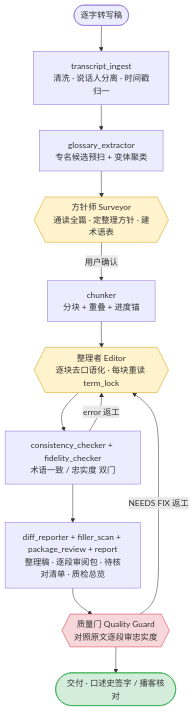
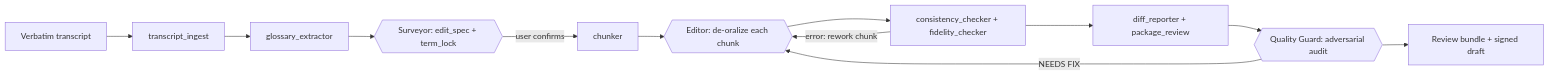
The diagram in data/readmes/LeoLin990405__oral-interview-transcription-skill.md (zqf20096327/ai_collect), drawn with Mermaid before and after one commit. The commit also changed other lines of this file and 1885 other files, not shown here.

````diff
--- a/data/readmes/LeoLin990405__oral-interview-transcription-skill.md
+++ b/data/readmes/LeoLin990405__oral-interview-transcription-skill.md
@@ -74,19 +51,14 @@
 ```mermaid
-flowchart TD
-    A([逐字转写稿]) --> B[transcript_ingest<br/>清洗 · 说话人分离 · 时间戳归一]
-    B --> C[glossary_extractor<br/>专名候选预扫 + 变体聚类]
-    C --> D{{方针师 Surveyor<br/>通读全篇 · 定整理方针 · 建术语表}}
-    D -->|用户确认| E[chunker<br/>分块 + 重叠 + 进度锚]
-    E --> F{{整理者 Editor<br/>逐块去口语化 · 每块重读 term_lock}}
-    F --> G[consistency_checker + fidelity_checker<br/>术语一致 / 忠实度 双门]
-    G -->|error 返工| F
-    G --> H[diff_reporter + filler_scan + package_review + report<br/>整理稿 · 逐段审阅包 · 待核对清单 · 质检总览]
-    H --> I{{质量门 Quality Guard<br/>对照原文逐段审忠实度}}
-    I -->|NEEDS FIX 返工| F
-    I --> J([交付 · 口述史签字 / 播客核对])
-
-    style D fill:#fff3cd,stroke:#d39e00
-    style F fill:#fff3cd,stroke:#d39e00
-    style I fill:#f8d7da,stroke:#dc3545
-    style J fill:#d4edda,stroke:#28a745
+flowchart LR
+    T[Verbatim transcript] --> I[transcript_ingest]
+    I --> G[glossary_extractor]
+    G --> S{{"Surveyor: edit_spec + term_lock"}}
+    S -->|"user confirms"| C[chunker]
+    C --> E{{"Editor: de-oralize each chunk"}}
+    E --> D[consistency_checker + fidelity_checker]
+    D -->|"error: rework chunk"| E
+    D --> R[diff_reporter + package_review]
+    R --> Q{{"Quality Guard: adversarial audit"}}
+    Q -->|"NEEDS FIX"| E
+    Q --> O[Review bundle + signed draft]
 ```
````
